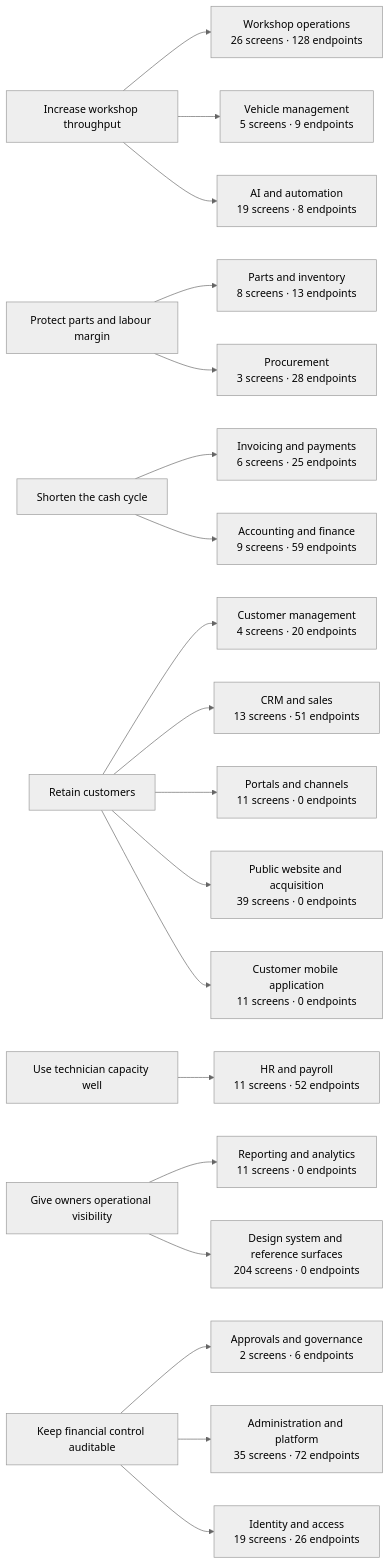
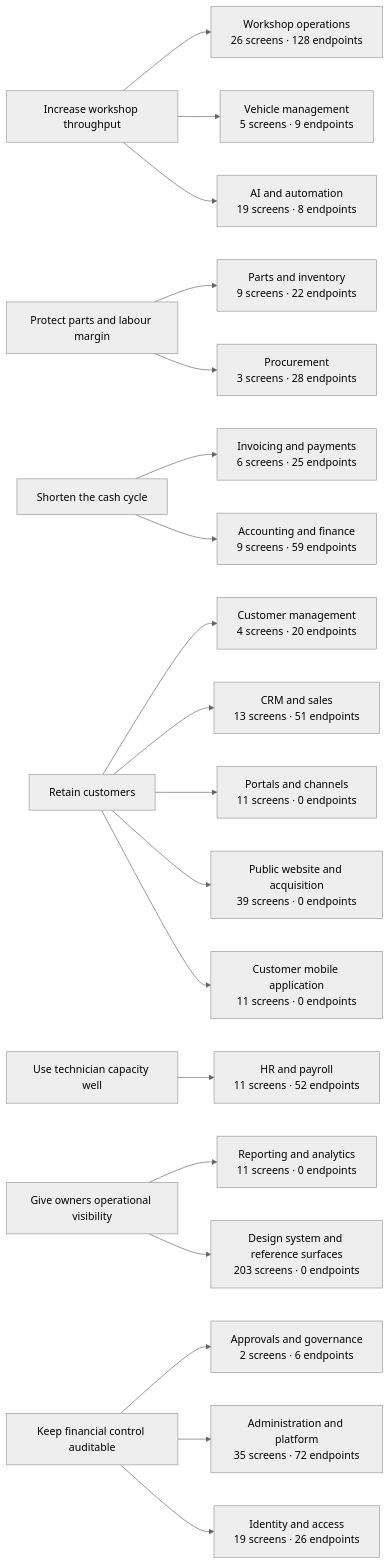
One commit to tazamohd/SlClNe changed the diagram in docs/07_BUSINESS_ANALYSIS/BUSINESS_CAPABILITY_MAP.md. Above: the diagram before and after it, drawn with Mermaid (neutral theme). The commit also changed other lines of this file and 65 other files, not shown here.

````diff
--- a/docs/07_BUSINESS_ANALYSIS/BUSINESS_CAPABILITY_MAP.md
+++ b/docs/07_BUSINESS_ANALYSIS/BUSINESS_CAPABILITY_MAP.md
@@ -22,46 +22,46 @@
 ```mermaid
 flowchart LR
   OBJ_THROUGHPUT["Increase workshop throughput"]
   OBJ_MARGIN["Protect parts and labour margin"]
   OBJ_CASH["Shorten the cash cycle"]
   OBJ_RETENTION["Retain customers"]
   OBJ_CAPACITY["Use technician capacity well"]
   OBJ_VISIBILITY["Give owners operational visibility"]
   OBJ_CONTROL["Keep financial control auditable"]
   CAP_WORKSHOP["Workshop operations<br/>26 screens · 128 endpoints"]
   OBJ_THROUGHPUT --> CAP_WORKSHOP
   CAP_CUSTOMERS["Customer management<br/>4 screens · 20 endpoints"]
   OBJ_RETENTION --> CAP_CUSTOMERS
   CAP_VEHICLES["Vehicle management<br/>5 screens · 9 endpoints"]
   OBJ_THROUGHPUT --> CAP_VEHICLES
-  CAP_INVENTORY["Parts and inventory<br/>8 screens · 13 endpoints"]
+  CAP_INVENTORY["Parts and inventory<br/>9 screens · 22 endpoints"]
   OBJ_MARGIN --> CAP_INVENTORY
   CAP_PROCUREMENT["Procurement<br/>3 screens · 28 endpoints"]
   OBJ_MARGIN --> CAP_PROCUREMENT
   CAP_BILLING["Invoicing and payments<br/>6 screens · 25 endpoints"]
   OBJ_CASH --> CAP_BILLING
   CAP_ACCOUNTING["Accounting and finance<br/>9 screens · 59 endpoints"]
   OBJ_CASH --> CAP_ACCOUNTING
   CAP_HR["HR and payroll<br/>11 screens · 52 endpoints"]
   OBJ_CAPACITY --> CAP_HR
   CAP_CRM["CRM and sales<br/>13 screens · 51 endpoints"]
   OBJ_RETENTION --> CAP_CRM
   CAP_REPORTING["Reporting and analytics<br/>11 screens · 0 endpoints"]
   OBJ_VISIBILITY --> CAP_REPORTING
   CAP_GOVERNANCE["Approvals and governance<br/>2 screens · 6 endpoints"]
   OBJ_CONTROL --> CAP_GOVERNANCE
   CAP_PORTALS["Portals and channels<br/>11 screens · 0 endpoints"]
   OBJ_RETENTION --> CAP_PORTALS
   CAP_AI["AI and automation<br/>19 screens · 8 endpoints"]
   OBJ_THROUGHPUT --> CAP_AI
   CAP_PLATFORM["Administration and platform<br/>35 screens · 72 endpoints"]
   OBJ_CONTROL --> CAP_PLATFORM
   CAP_IDENTITY["Identity and access<br/>19 screens · 26 endpoints"]
   OBJ_CONTROL --> CAP_IDENTITY
   CAP_WEBSITE["Public website and acquisition<br/>39 screens · 0 endpoints"]
   OBJ_RETENTION --> CAP_WEBSITE
   CAP_CUSTOMERAPP["Customer mobile application<br/>11 screens · 0 endpoints"]
   OBJ_RETENTION --> CAP_CUSTOMERAPP
-  CAP_DESIGNSYSTEM["Design system and reference surfaces<br/>204 screens · 0 endpoints"]
+  CAP_DESIGNSYSTEM["Design system and reference surfaces<br/>203 screens · 0 endpoints"]
   OBJ_VISIBILITY --> CAP_DESIGNSYSTEM
 ```
````
